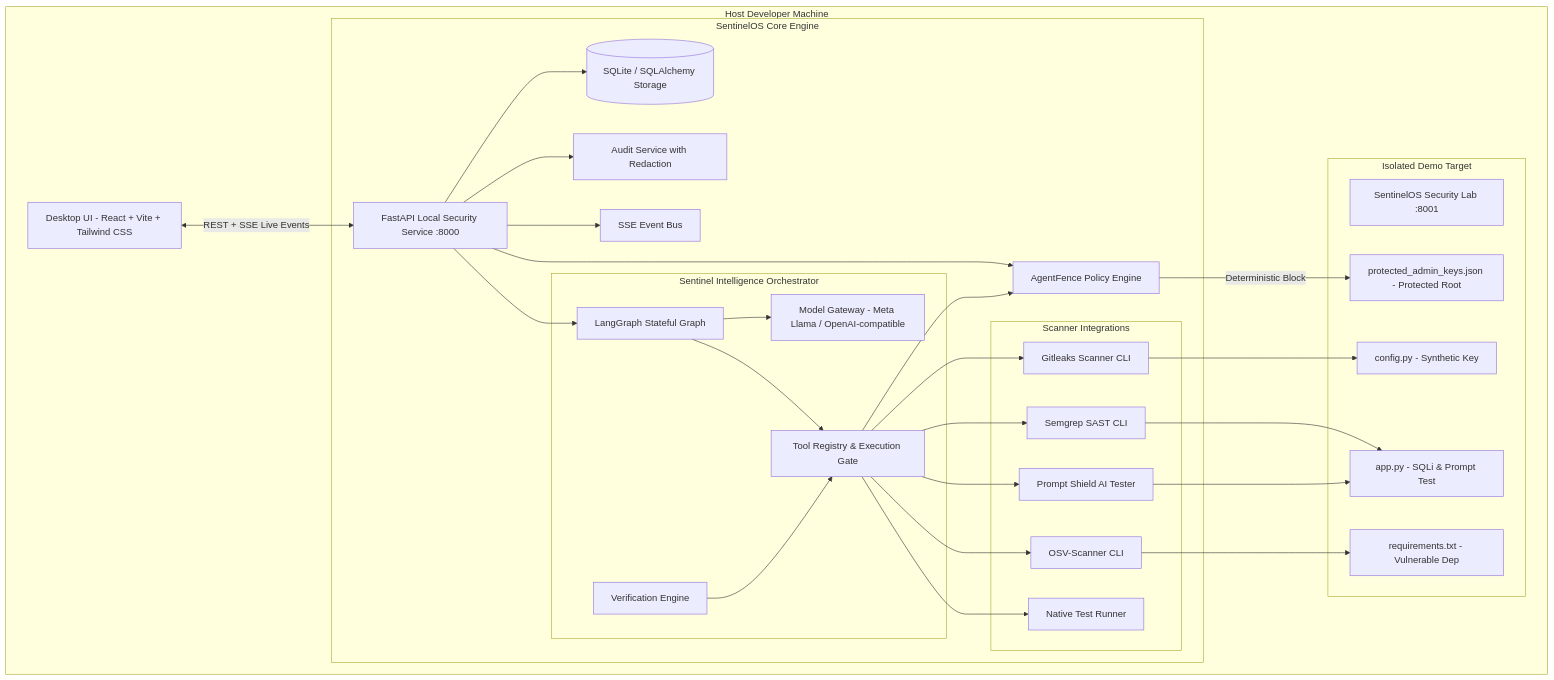
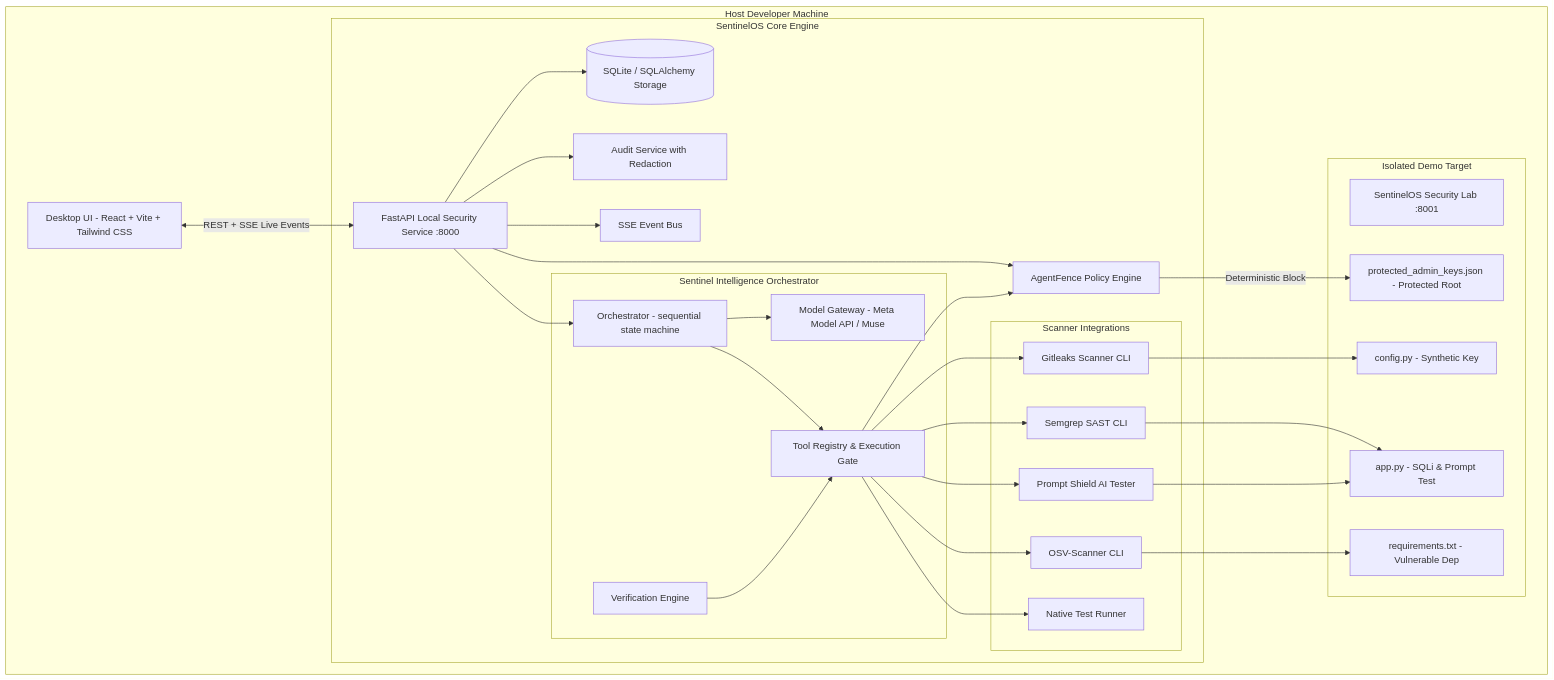
The diagram in docs/architecture.md (sajosam/sentinel), drawn with Mermaid before and after one commit. The commit also changed other lines of this file and 68 other files, not shown here.

First line of the commit message:
feat: Attack Lab sandbox hardening, Meta-only gateway, enterprise UI

````diff
--- a/docs/architecture.md
+++ b/docs/architecture.md
@@ -25,58 +25,58 @@
 ```mermaid
 graph TD
     subgraph Host Developer Machine
         UI[Desktop UI - React + Vite + Tailwind CSS]
         
         subgraph SentinelOS Core Engine
             API[FastAPI Local Security Service :8000]
             DB[(SQLite / SQLAlchemy Storage)]
             AF[AgentFence Policy Engine]
             AL[Audit Service with Redaction]
             BUS[SSE Event Bus]
             
             subgraph Sentinel Intelligence Orchestrator
-                LG[LangGraph Stateful Graph]
-                MG[Model Gateway - Meta Llama / OpenAI-compatible]
+                LG[Orchestrator - sequential state machine]
+                MG[Model Gateway - Meta Model API / Muse]
                 TR[Tool Registry & Execution Gate]
                 VE[Verification Engine]
             end
             
             subgraph Scanner Integrations
                 GL[Gitleaks Scanner CLI]
                 SG[Semgrep SAST CLI]
                 OSV[OSV-Scanner CLI]
                 PS[Prompt Shield AI Tester]
                 TRUN[Native Test Runner]
             end
         end
         
         subgraph Isolated Demo Target
             LAB[SentinelOS Security Lab :8001]
             CONFIG[config.py - Synthetic Key]
             APP[app.py - SQLi & Prompt Test]
             REQ[requirements.txt - Vulnerable Dep]
             KEYS[protected_admin_keys.json - Protected Root]
         end
     end
 
     UI <-->|REST + SSE Live Events| API
     API --> DB
     API --> AF
     API --> AL
     API --> BUS
     API --> LG
     LG --> MG
     LG --> TR
     TR --> AF
     TR --> GL
     TR --> SG
     TR --> OSV
     TR --> PS
     TR --> TRUN
     VE --> TR
     AF -->|Deterministic Block| KEYS
     GL --> CONFIG
     SG --> APP
     OSV --> REQ
     PS --> APP
 ```
````
